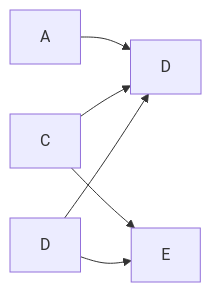
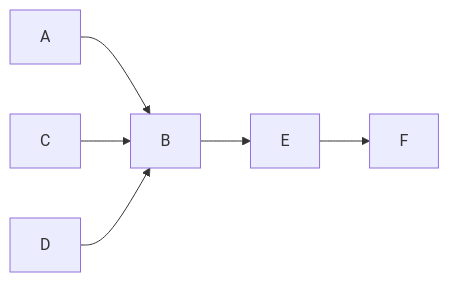
Before and after one commit to toma-leb/uae-summer: the diagram in Lecture/Machine Learning/5.md, drawn with Mermaid.

````diff
--- a/Lecture/Machine Learning/5.md
+++ b/Lecture/Machine Learning/5.md
@@ -15,8 +15,8 @@
 ```mermaid
     graph LR;
         A[A] --> B[B];
-        C[B] --> B[C];
-        D[B] --> B[D];
-        C[C] --> E[E];
-        D[D] --> E[E];
+        C[C] --> B[B];
+        D[D] --> B[B];
+        B[B] --> E[E];
+        E[E] --> F[F];
 ```
````
